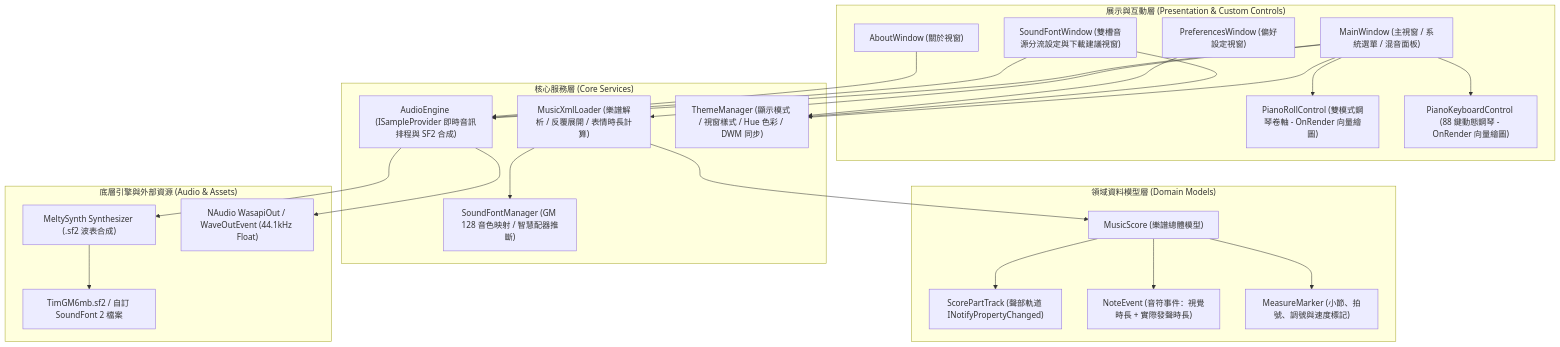
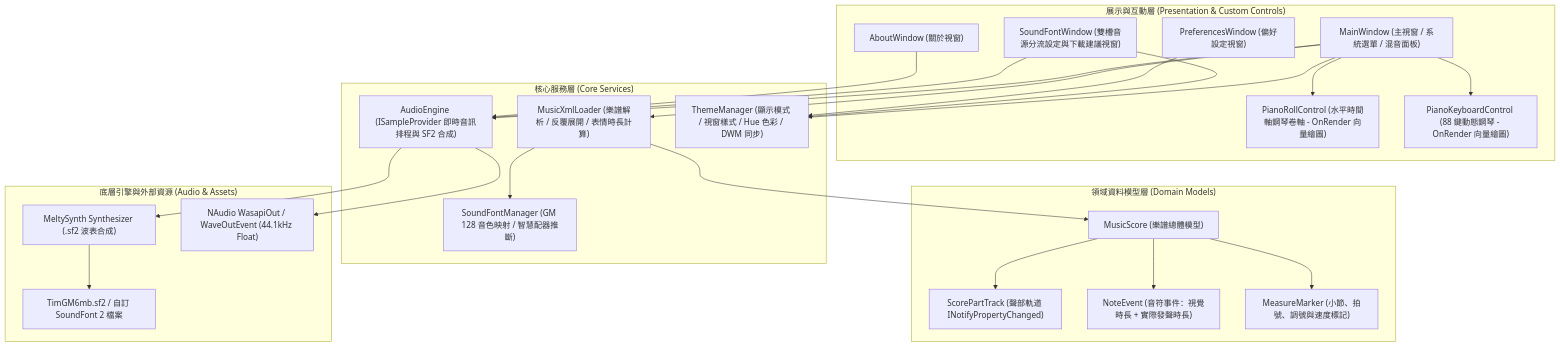
The first of 2 diagrams in docs/ARCHITECTURE.md (mark216tw/win-musicxmlplayer-01), drawn with Mermaid before and after one commit. The commit also changed 11 other files, not shown here.

Commit message:
feat(v1.2.2): remove vertical falling roll mode, keep horizontal timeline only

````diff
--- a/docs/ARCHITECTURE.md
+++ b/docs/ARCHITECTURE.md
@@ -22,51 +22,51 @@
 ```mermaid
 flowchart TD
     subgraph UI["展示與互動層 (Presentation & Custom Controls)"]
         MW["MainWindow (主視窗 / 系統選單 / 混音面板)"]
-        PR["PianoRollControl (雙模式鋼琴卷軸 - OnRender 向量繪圖)"]
+        PR["PianoRollControl (水平時間軸鋼琴卷軸 - OnRender 向量繪圖)"]
         PK["PianoKeyboardControl (88 鍵動態鋼琴 - OnRender 向量繪圖)"]
         SW["SoundFontWindow (雙槽音源分流設定與下載建議視窗)"]
         PW["PreferencesWindow (偏好設定視窗)"]
         AW["AboutWindow (關於視窗)"]
     end
 
     subgraph Services["核心服務層 (Core Services)"]
         ML["MusicXmlLoader (樂譜解析 / 反覆展開 / 表情時長計算)"]
         AE["AudioEngine (ISampleProvider 即時音訊排程與 SF2 合成)"]
         SF["SoundFontManager (GM 128 音色映射 / 智慧配器推斷)"]
         TM["ThemeManager (顯示模式 / 視窗樣式 / Hue 色彩 / DWM 同步)"]
     end
 
     subgraph Models["領域資料模型層 (Domain Models)"]
         MS["MusicScore (樂譜總體模型)"]
         ST["ScorePartTrack (聲部軌道 INotifyPropertyChanged)"]
         NE["NoteEvent (音符事件：視覺時長 + 實際發聲時長)"]
         MM["MeasureMarker (小節、拍號、調號與速度標記)"]
     end
 
     subgraph External["底層引擎與外部資源 (Audio & Assets)"]
         MSYN["MeltySynth Synthesizer (.sf2 波表合成)"]
         NAUD["NAudio WasapiOut / WaveOutEvent (44.1kHz Float)"]
         SF2["TimGM6mb.sf2 / 自訂 SoundFont 2 檔案"]
     end
 
     MW --> ML
     MW --> AE
     MW --> TM
     MW --> PR
     MW --> PK
     SW --> AE
     SW --> TM
     PW --> TM
     AW --> AE
 
     ML --> SF
     ML --> MS
     MS --> ST
     MS --> NE
     MS --> MM
 
     AE --> MSYN
     AE --> NAUD
     MSYN --> SF2
 ```
````
